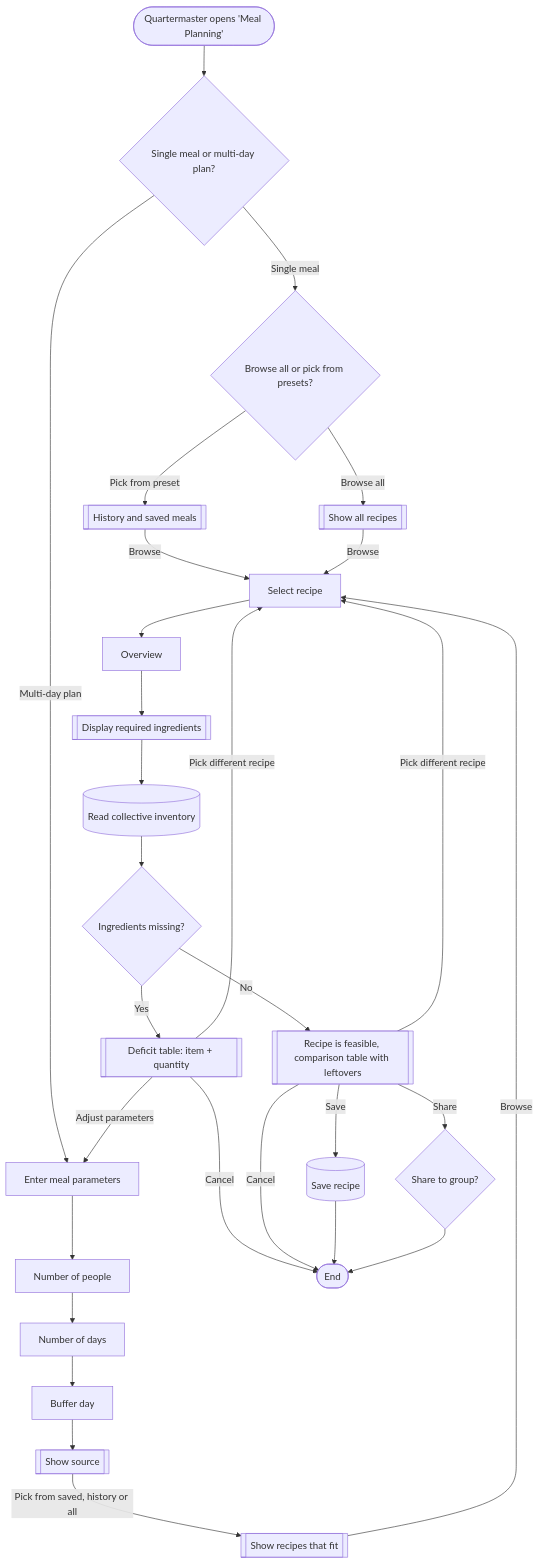
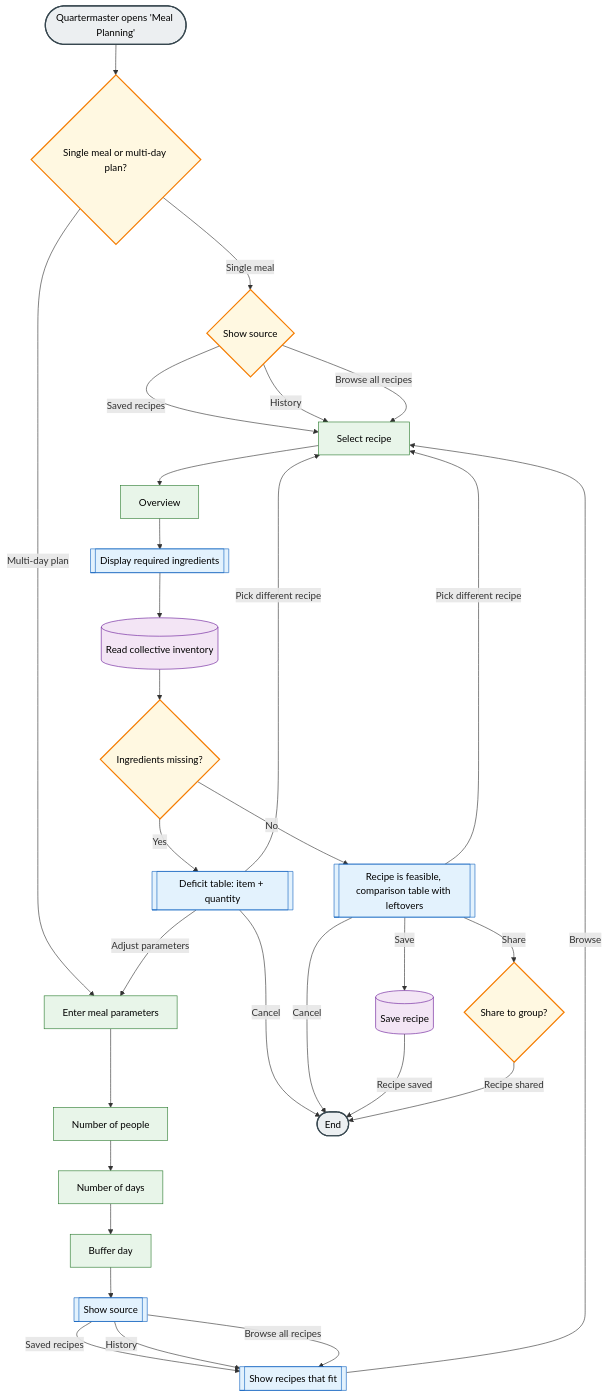
The diagram in artifacts/artifact-2/artifact-2-deciding.md (The-Fellowship-of-the-Five/The-Fellowship-of-the-Code-2026), drawn with Mermaid before and after one commit.

Commit message:
Update artifact-2-deciding.md
Format mermaid

````diff
--- a/artifacts/artifact-2/artifact-2-deciding.md
+++ b/artifacts/artifact-2/artifact-2-deciding.md
@@ -24,37 +24,57 @@
 ```mermaid
 flowchart TB
     Start(["Quartermaster opens 'Meal Planning'"]) --> Q{Single meal or multi-day plan?}
-    Q -->|Single meal| C{Browse all or pick from presets?}
+    Q -->|Single meal| C{Show source}
+    C -->|Saved recipes| H[Select recipe]
+    C -->|History| H
+    C -->|Browse all recipes| H
     Q -->|Multi-day plan| B[Enter meal parameters]
-    C -->|Browse all| R[[Show all recipes]]
-    C -->|Pick from preset| X[[History and saved meals]]
-    X -->|Browse| H[Select recipe]
     B --> D[Number of people]
     D --> E[Number of days]
     E --> F[Buffer day]
     F --> G1[[Show source]]
-    G1 -->|Pick from saved, history or all| G[[Show recipes that fit]]
-    G -->|Browse| H
-    R -->|Browse| H
+    G1 -->|Saved recipes| G2[[Show recipes that fit]]
+    G1 -->|History| G2
+    G1 -->|Browse all recipes| G2
+    G2 -->|Browse| H
     H --> T[Overview]
     T --> H2[[Display required ingredients]]
     H2 --> Z[(Read collective inventory)]
     Z --> I{Ingredients missing?}
     I -->|Yes| L[[Deficit table: item + quantity]]
     I -->|No| M[[Recipe is feasible, comparison table with leftovers]]
     L -->|Adjust parameters| B
     L -->|Pick different recipe| H
     L -->|Cancel| ZZ([End])
     M -->|Save| N[(Save recipe)]
     M -->|Share| S{Share to group?}
     M -->|Pick different recipe| H
     M -->|Cancel| ZZ
-    N --> ZZ
-    S --> ZZ
+    N -->|Recipe saved| ZZ
+    S -->|Recipe shared| ZZ
 
+    Start:::endpoint
+    Q:::decision
+    C:::decision
+    I:::decision
+    S:::decision
+    B:::user
+    D:::user
+    E:::user
+    F:::user
+    H:::user
+    T:::user
+    G1:::system
+    G2:::system
+    H2:::system
+    L:::system
+    M:::system
+    Z:::data
+    N:::data
+    ZZ:::endpoint
     classDef decision fill:#fff8e1,stroke:#f57c00,stroke-width:2px,color:#000
     classDef system fill:#e3f2fd,stroke:#1565c0,color:#000
     classDef data fill:#f3e5f5,stroke:#6a1b9a,color:#000
     classDef user fill:#e8f5e9,stroke:#2e7d32,color:#000
     classDef endpoint fill:#eceff1,stroke:#37474f,stroke-width:2px,color:#000
 ```
````
